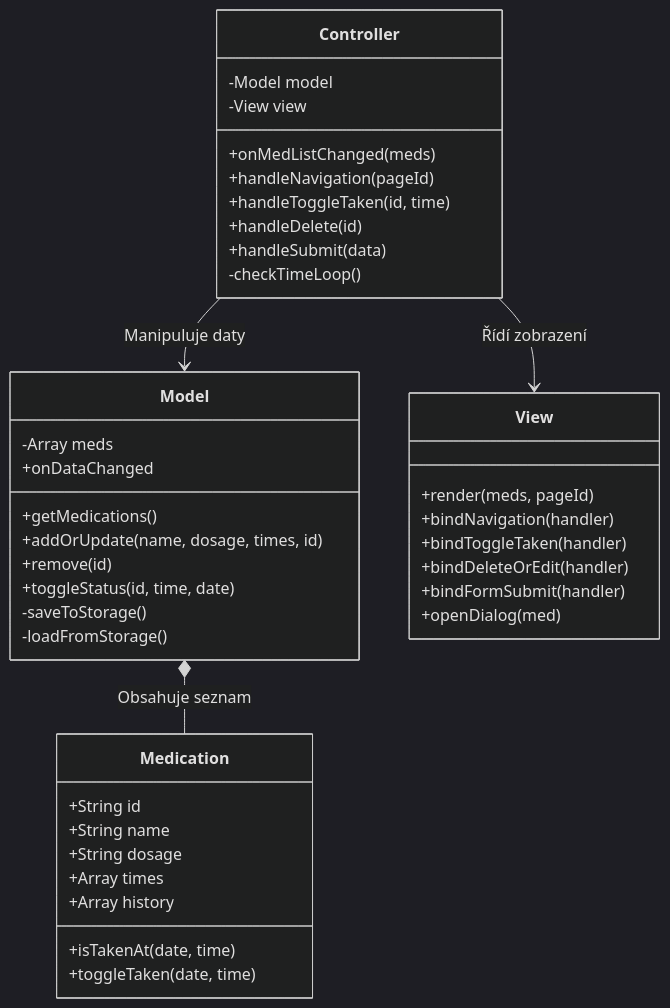
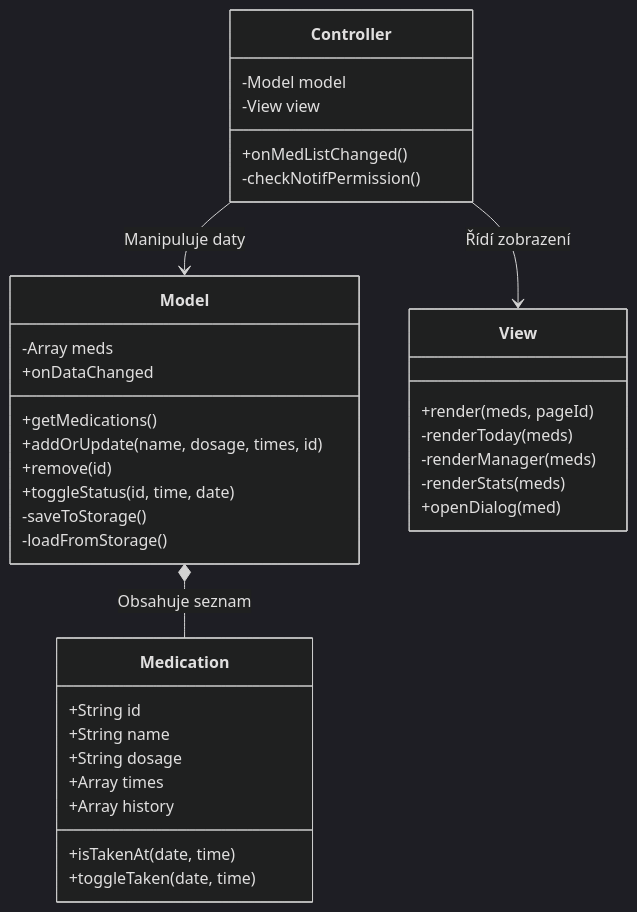
One commit to FoxxoOwO/medsy changed the diagram in README.md. Above: the diagram before and after it, drawn with Mermaid (dark theme). The commit also changed other lines of this file, not shown here.

````diff
--- a/README.md
+++ b/README.md
@@ -151,47 +149,42 @@
 ```mermaid
 classDiagram
     class Medication {
         +String id
         +String name
         +String dosage
         +Array times
         +Array history
         +isTakenAt(date, time)
         +toggleTaken(date, time)
     }
 
     class Model {
         -Array meds
         +onDataChanged
         +getMedications()
         +addOrUpdate(name, dosage, times, id)
         +remove(id)
         +toggleStatus(id, time, date)
         -saveToStorage()
         -loadFromStorage()
     }
 
     class View {
         +render(meds, pageId)
-        +bindNavigation(handler)
-        +bindToggleTaken(handler)
-        +bindDeleteOrEdit(handler)
-        +bindFormSubmit(handler)
+        -renderToday(meds)
+        -renderManager(meds)
+        -renderStats(meds)
         +openDialog(med)
     }
 
     class Controller {
         -Model model
         -View view
-        +onMedListChanged(meds)
-        +handleNavigation(pageId)
-        +handleToggleTaken(id, time)
-        +handleDelete(id)
-        +handleSubmit(data)
-        -checkTimeLoop()
+        +onMedListChanged()
+        -checkNotifPermission()
     }
 
     Controller --> Model : Manipuluje daty
     Controller --> View : Řídí zobrazení
     Model *-- Medication : Obsahuje seznam
 ```
````
